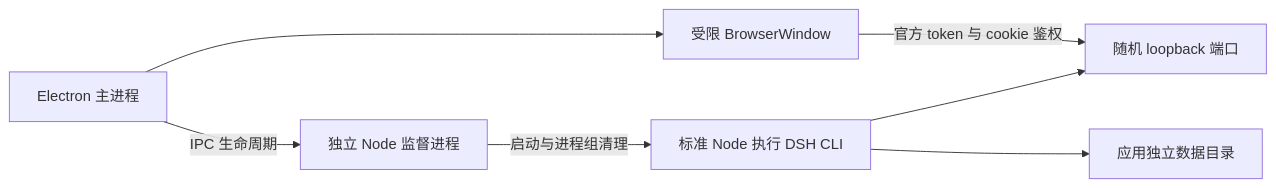
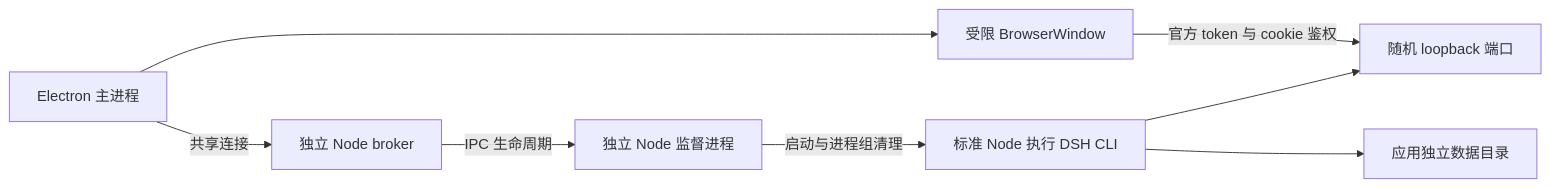
The diagram in .notes/implemented/architecture/2026-09-08-electron-desktop.md (voosil/dsh-nook), drawn with Mermaid before and after one commit. The commit also changed other lines of this file and 26 other files, not shown here.

````diff
--- a/.notes/implemented/architecture/2026-09-08-electron-desktop.md
+++ b/.notes/implemented/architecture/2026-09-08-electron-desktop.md
@@ -15,9 +15,10 @@
 ```mermaid
 flowchart LR
-  Main[Electron 主进程] -->|IPC 生命周期| Supervisor[独立 Node 监督进程]
+  Main[Electron 主进程] -->|共享连接| Broker[独立 Node broker]
+  Broker -->|IPC 生命周期| Supervisor[独立 Node 监督进程]
   Supervisor -->|启动与进程组清理| CLI[标准 Node 执行 DSH CLI]
   CLI --> Web[随机 loopback 端口]
   Main --> Window[受限 BrowserWindow]
   Window -->|官方 token 与 cookie 鉴权| Web
   CLI --> Data[应用独立数据目录]
 ```
````
